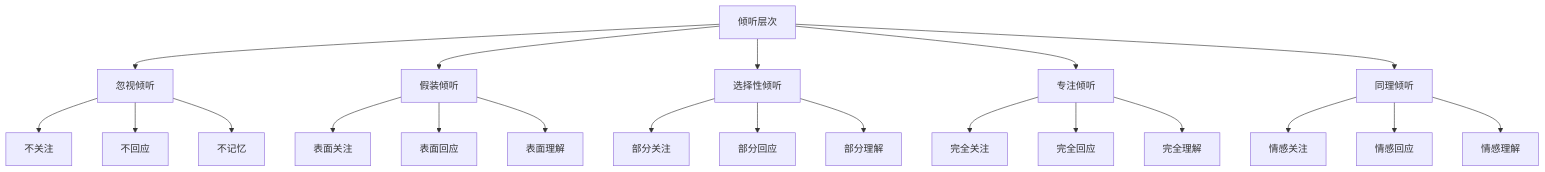
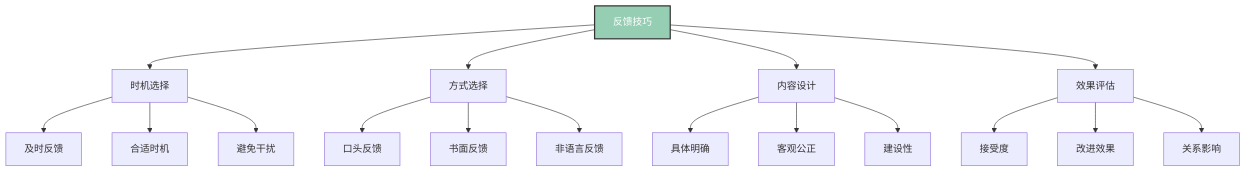
The fourth of 7 diagrams in 企业领导力/03-能力构建层/核心领导能力/03-沟通协调.md (Anping2017/obsidian), drawn with Mermaid before and after one commit. The commit also changed other lines of this file and 28 other files, not shown here.

````diff
--- a/企业领导力/03-能力构建层/核心领导能力/03-沟通协调.md
+++ b/企业领导力/03-能力构建层/核心领导能力/03-沟通协调.md
@@ -89,28 +152,25 @@
 ```mermaid
 graph TD
-    A[倾听层次] --> B[忽视倾听]
-    A --> C[假装倾听]
-    A --> D[选择性倾听]
-    A --> E[专注倾听]
-    A --> F[同理倾听]
+    A[反馈技巧] --> B[时机选择]
+    A --> C[方式选择]
+    A --> D[内容设计]
+    A --> E[效果评估]
     
-    B --> B1[不关注]
-    B --> B2[不回应]
-    B --> B3[不记忆]
+    B --> B1[及时反馈]
+    B --> B2[合适时机]
+    B --> B3[避免干扰]
     
-    C --> C1[表面关注]
-    C --> C2[表面回应]
-    C --> C3[表面理解]
+    C --> C1[口头反馈]
+    C --> C2[书面反馈]
+    C --> C3[非语言反馈]
     
-    D --> D1[部分关注]
-    D --> D2[部分回应]
-    D --> D3[部分理解]
+    D --> D1[具体明确]
+    D --> D2[客观公正]
+    D --> D3[建设性]
     
-    E --> E1[完全关注]
-    E --> E2[完全回应]
-    E --> E3[完全理解]
+    E --> E1[接受度]
+    E --> E2[改进效果]
+    E --> E3[关系影响]
     
-    F --> F1[情感关注]
-    F --> F2[情感回应]
-    F --> F3[情感理解]
+    style A fill:#96ceb4,stroke:#333,stroke-width:2px,color:#fff
 ```
````
